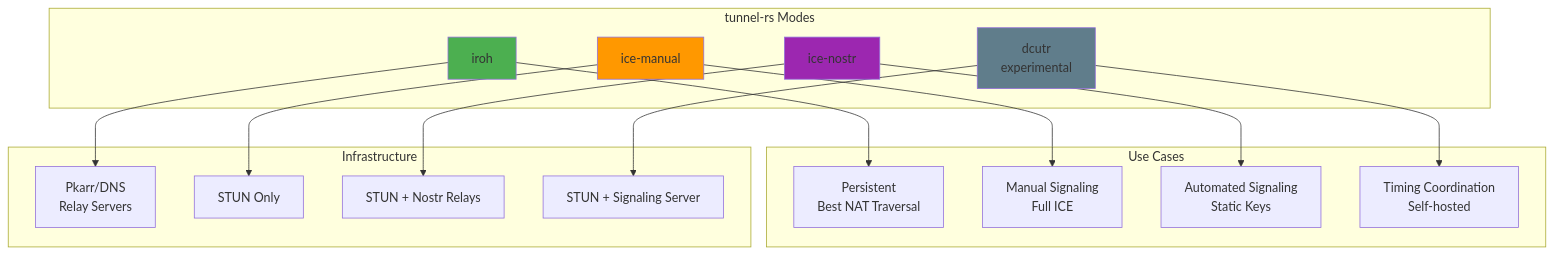
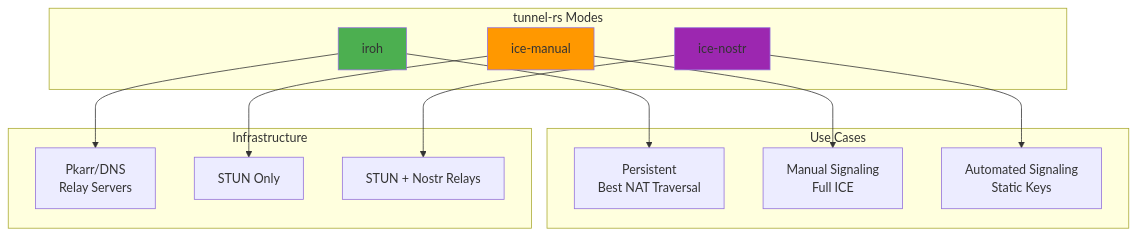
One commit to andrewtheguy/vpn-rs changed the first of 34 diagrams in docs/ARCHITECTURE.md. Above: the diagram before and after it, drawn with Mermaid. The commit also changed other lines of this file and 2 other files, not shown here.

Commit message:
refactor: remove experimental DCUtR mode documentation from README and ROADMAP

````diff
--- a/docs/ARCHITECTURE.md
+++ b/docs/ARCHITECTURE.md
@@ -27,38 +26,32 @@
 ```mermaid
 graph TB
     subgraph "tunnel-rs Modes"
         A[iroh]
         C[ice-manual]
         D2[ice-nostr]
-        D3[dcutr<br/>experimental]
     end
 
     subgraph "Use Cases"
         D[Persistent<br/>Best NAT Traversal]
         F[Manual Signaling<br/>Full ICE]
         F2[Automated Signaling<br/>Static Keys]
-        F3[Timing Coordination<br/>Self-hosted]
     end
 
     subgraph "Infrastructure"
         G[Pkarr/DNS<br/>Relay Servers]
         I[STUN Only]
         I2[STUN + Nostr Relays]
-        I3[STUN + Signaling Server]
     end
 
     A --> D
     C --> F
     D2 --> F2
-    D3 --> F3
 
     A --> G
     C --> I
     D2 --> I2
-    D3 --> I3
 
     style A fill:#4CAF50
     style C fill:#FF9800
     style D2 fill:#9C27B0
-    style D3 fill:#607D8B
 ```
````
